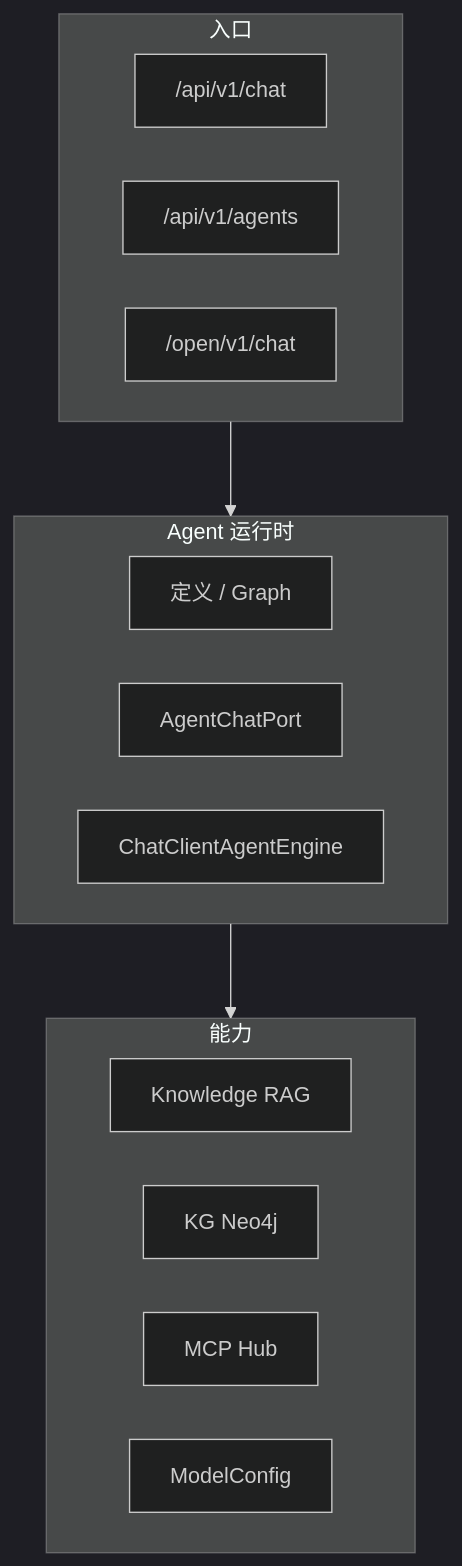
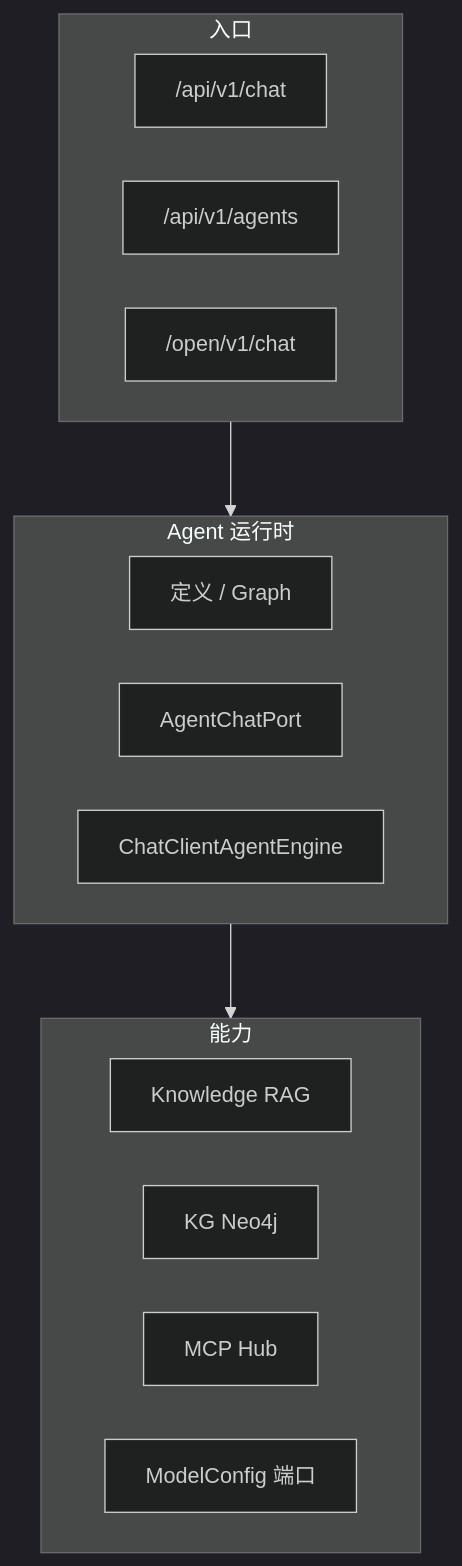
One commit to DataFutureX/zhishu-integrable-framework changed the sixth of 12 diagrams in zhishu-backend/README.md. Above: the diagram before and after it, drawn with Mermaid (dark theme). The commit also changed other lines of this file and 110 other files, not shown here.

````diff
--- a/zhishu-backend/README.md
+++ b/zhishu-backend/README.md
@@ -251,28 +258,28 @@
 ```mermaid
 %%{init: {"flowchart": {"nodeSpacing": 40, "rankSpacing": 70, "curve": "linear"}}}%%
 flowchart TB
   subgraph Entry["入口"]
     direction LR
     ChatAPI["/api/v1/chat"]
     AgentAPI["/api/v1/agents"]
     OpenChat["/open/v1/chat"]
   end
 
   subgraph Runtime["Agent 运行时"]
     direction LR
     Def["定义 / Graph"]
     Port["AgentChatPort"]
     Eng["ChatClientAgentEngine"]
   end
 
   subgraph Caps["能力"]
     direction LR
     Know["Knowledge RAG"]
     KG["KG Neo4j"]
     MCP["MCP Hub"]
-    Model["ModelConfig"]
+    Model["ModelConfig 端口"]
   end
 
   Entry --> Runtime
   Runtime --> Caps
 ```
````
